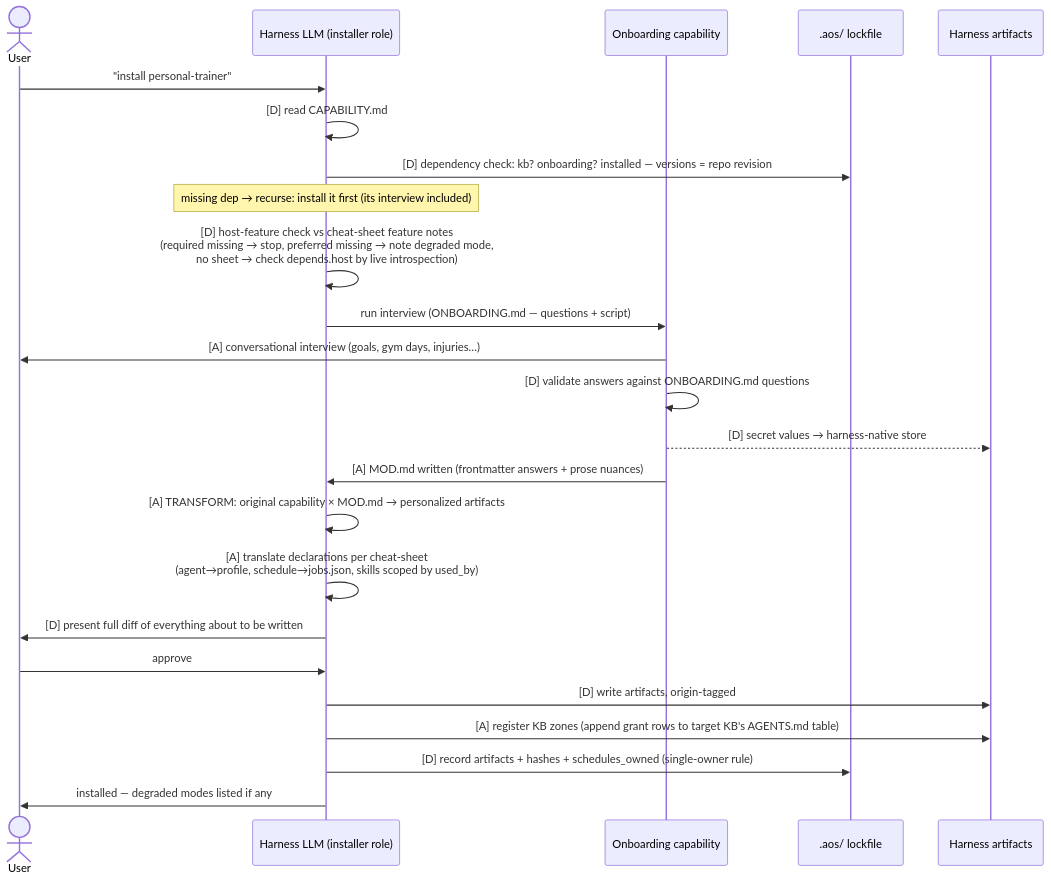
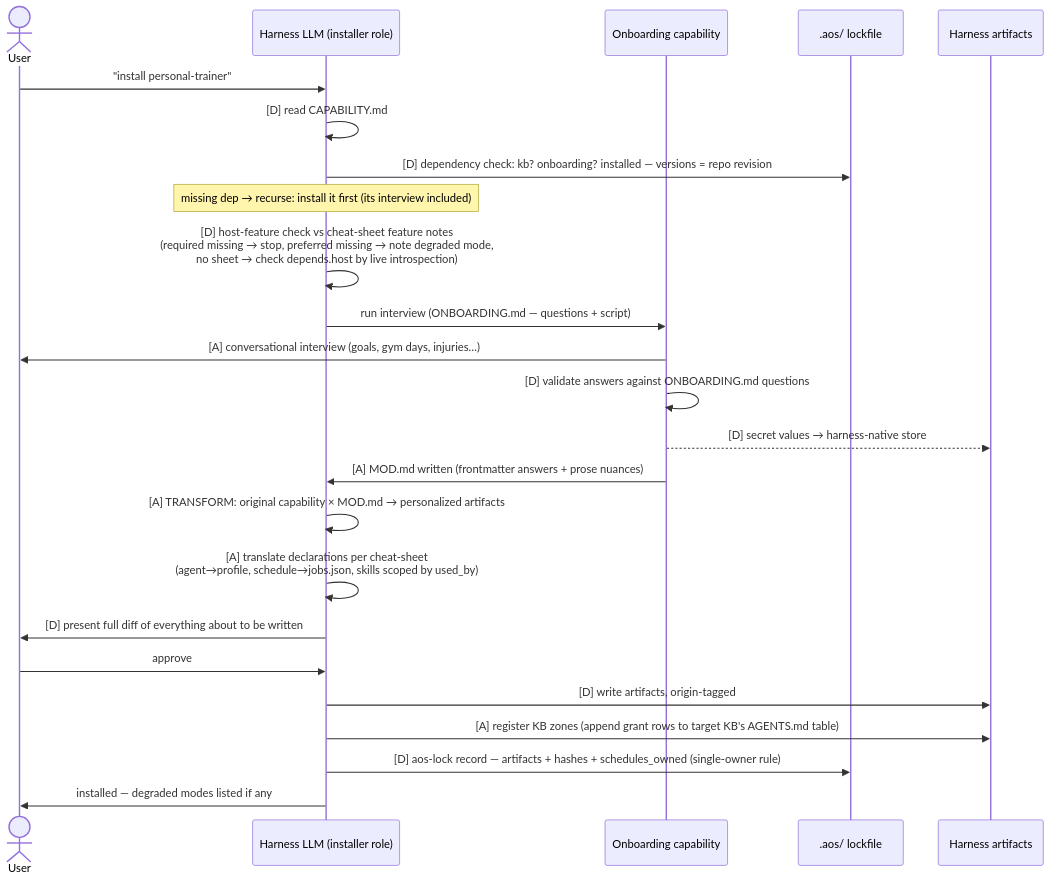
The first of 2 diagrams in design/install-flow.md (AlmogBaku/aos), drawn with Mermaid before and after one commit. The commit also changed other lines of this file and 4 other files, not shown here.

First line of the commit message:
spec: review fixes — retire merge wording everywhere, RFC-004 outcome in §5.4/install-flow, roster of four, path staleness

````diff
--- a/design/install-flow.md
+++ b/design/install-flow.md
@@ -22,27 +22,27 @@
 ```mermaid
 sequenceDiagram
     actor U as User
     participant H as Harness LLM (installer role)
     participant O as Onboarding capability
     participant L as .aos/ lockfile
     participant HA as Harness artifacts
 
     U->>H: "install personal-trainer"
     H->>H: [D] read CAPABILITY.md
     H->>L: [D] dependency check: kb? onboarding? installed — versions = repo revision
     Note over H: missing dep → recurse: install it first (its interview included)
     H->>H: [D] host-feature check vs cheat-sheet feature notes<br/>(required missing → stop, preferred missing → note degraded mode,<br/>no sheet → check depends.host by live introspection)
     H->>O: run interview (ONBOARDING.md — questions + script)
     O->>U: [A] conversational interview (goals, gym days, injuries…)
     O->>O: [D] validate answers against ONBOARDING.md questions
     O-->>HA: [D] secret values → harness-native store
     O->>H: [A] MOD.md written (frontmatter answers + prose nuances)
     H->>H: [A] TRANSFORM: original capability × MOD.md → personalized artifacts
     H->>H: [A] translate declarations per cheat-sheet<br/>(agent→profile, schedule→jobs.json, skills scoped by used_by)
     H->>U: [D] present full diff of everything about to be written
     U->>H: approve
     H->>HA: [D] write artifacts, origin-tagged
     H->>HA: [A] register KB zones (append grant rows to target KB's AGENTS.md table)
-    H->>L: [D] record artifacts + hashes + schedules_owned (single-owner rule)
+    H->>L: [D] aos-lock record — artifacts + hashes + schedules_owned (single-owner rule)
     H->>U: installed — degraded modes listed if any
 ```
````
